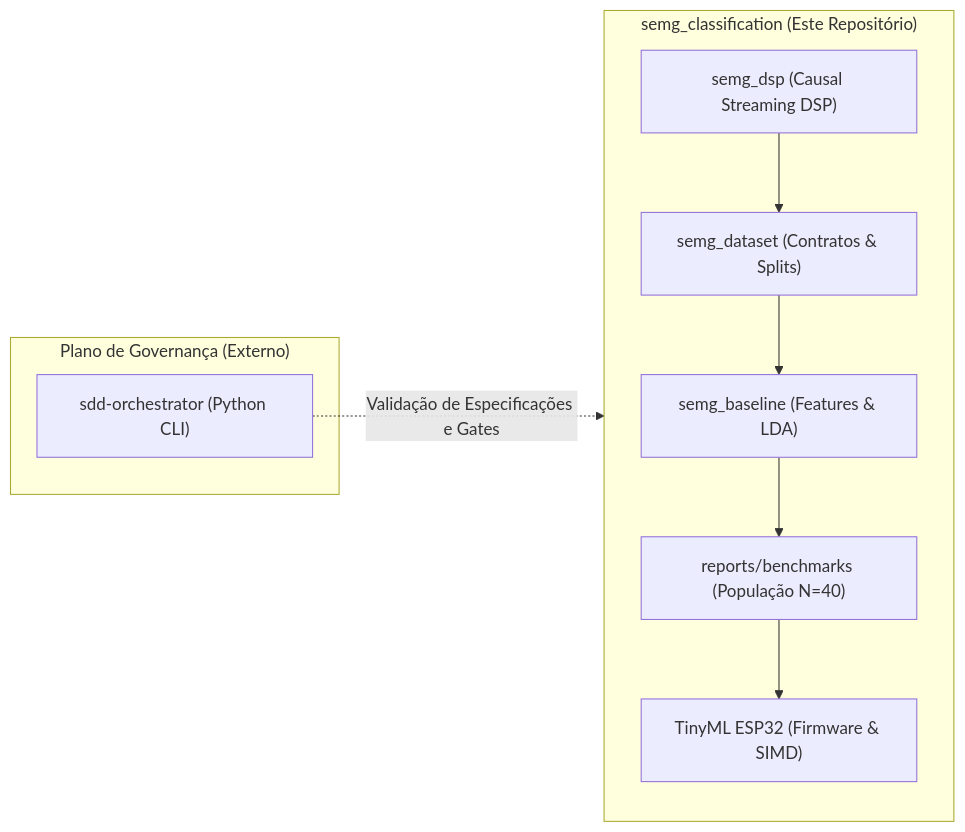
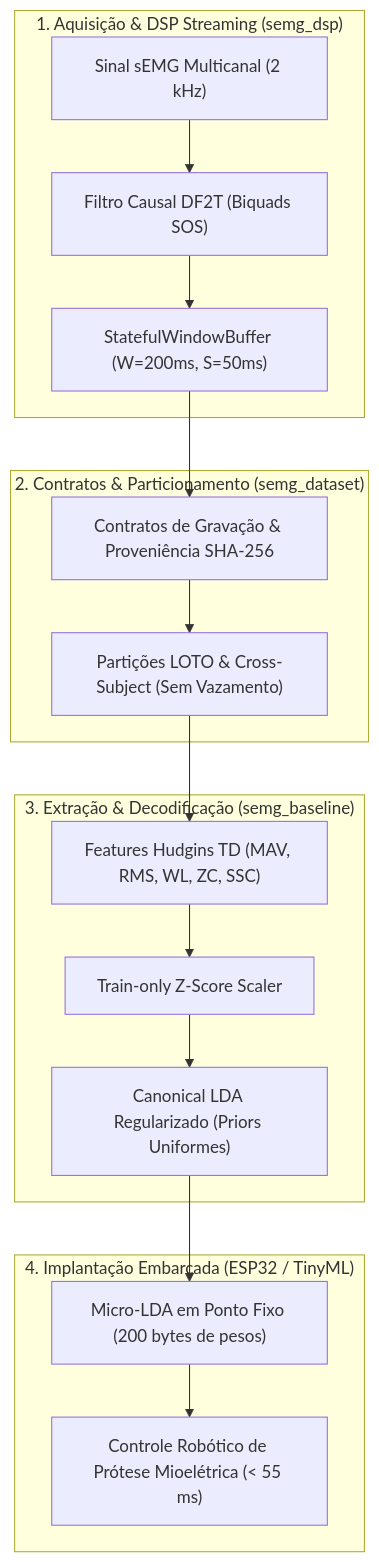
One commit to AllissonChervenski/agents_emg changed the diagram in README.md. Above: the diagram before and after it, drawn with Mermaid. The commit also changed other lines of this file and 11 other files, not shown here.

````diff
--- a/README.md
+++ b/README.md
@@ -22,18 +18,23 @@
 ```mermaid
-flowchart LR
-    subgraph ControlPlane ["Plano de Governança (Externo)"]
-        SDD["sdd-orchestrator (Python CLI)"]
+flowchart TD
+    subgraph SignalProcessing ["1. Aquisição & DSP Streaming (semg_dsp)"]
+        Raw["Sinal sEMG Multicanal (2 kHz)"] --> DF2T["Filtro Causal DF2T (Biquads SOS)"]
+        DF2T --> Window["StatefulWindowBuffer (W=200ms, S=50ms)"]
     end
 
-    subgraph DomainCore ["semg_classification (Este Repositório)"]
-        direction TB
-        DSP["semg_dsp (Causal Streaming DSP)"]
-        DATA["semg_dataset (Contratos & Splits)"]
-        BASE["semg_baseline (Features & LDA)"]
-        BENCH["reports/benchmarks (População N=40)"]
-        EMBED["TinyML ESP32 (Firmware & SIMD)"]
-        DSP --> DATA --> BASE --> BENCH --> EMBED
+    subgraph DataEngineering ["2. Contratos & Particionamento (semg_dataset)"]
+        Window --> Contract["Contratos de Gravação & Proveniência SHA-256"]
+        Contract --> Splits["Partições LOTO & Cross-Subject (Sem Vazamento)"]
     end
 
-    SDD -.->|"Validação de Especificações e Gates"| DomainCore
+    subgraph FeatureAndModeling ["3. Extração & Decodificação (semg_baseline)"]
+        Splits --> TD["Features Hudgins TD (MAV, RMS, WL, ZC, SSC)"]
+        TD --> Scaler["Train-only Z-Score Scaler"]
+        Scaler --> LDA["Canonical LDA Regularizado (Priors Uniformes)"]
+    end
+
+    subgraph EdgeTinyML ["4. Implantação Embarcada (ESP32 / TinyML)"]
+        LDA --> MicroLDA["Micro-LDA em Ponto Fixo (200 bytes de pesos)"]
+        MicroLDA --> Firmware["Controle Robótico de Prótese Mioelétrica (< 55 ms)"]
+    end
 ```
````
